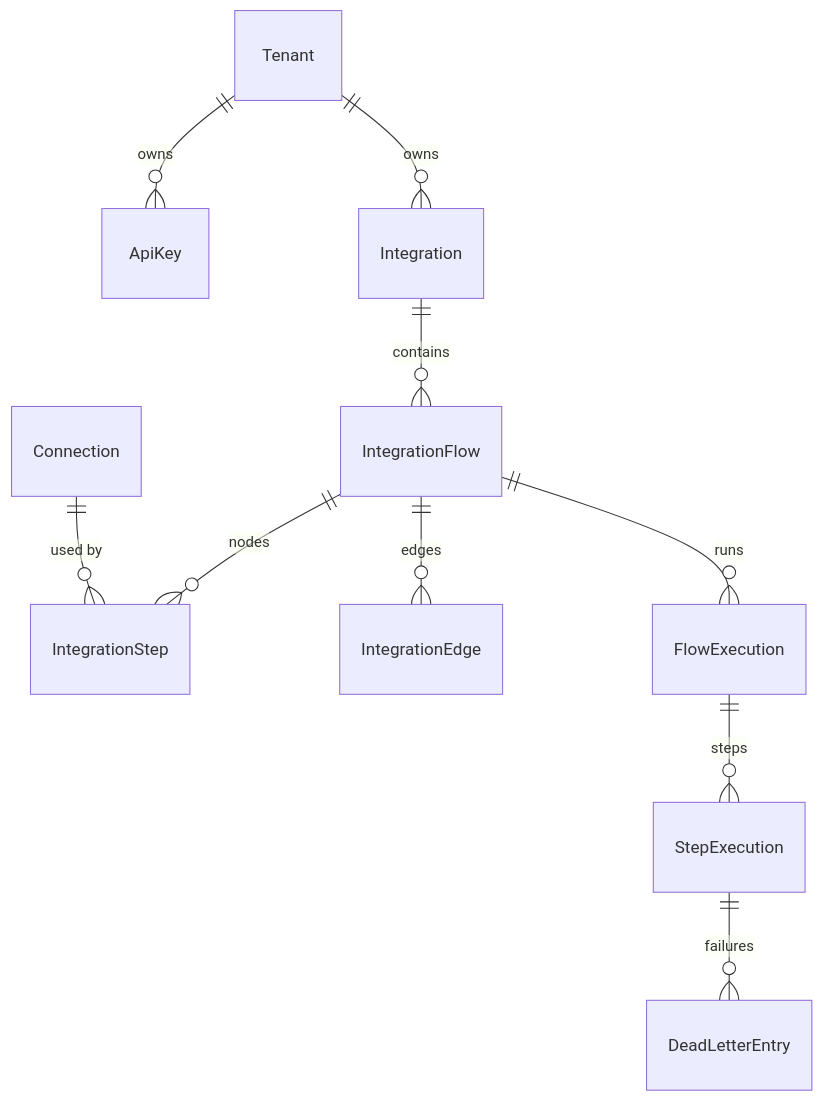
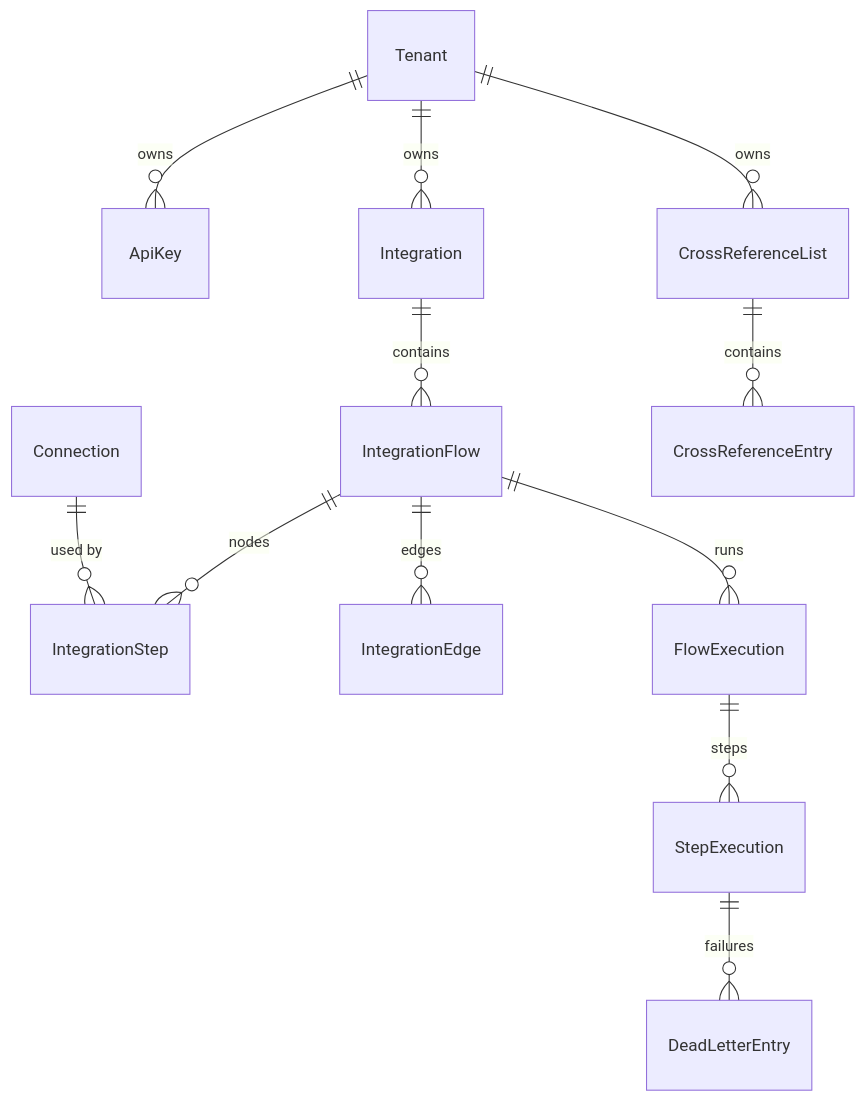
Before and after one commit to Furqan12345/fintegrator: the second of 2 diagrams in architecture/solution-architecture.md, drawn with Mermaid. The commit also changed other lines of this file and 153 other files, not shown here.

````diff
--- a/architecture/solution-architecture.md
+++ b/architecture/solution-architecture.md
@@ -112,12 +112,14 @@
 ```mermaid
 erDiagram
     Tenant ||--o{ ApiKey : owns
     Tenant ||--o{ Integration : owns
     Integration ||--o{ IntegrationFlow : contains
     IntegrationFlow ||--o{ IntegrationStep : nodes
     IntegrationFlow ||--o{ IntegrationEdge : edges
     IntegrationFlow ||--o{ FlowExecution : runs
     FlowExecution ||--o{ StepExecution : steps
     StepExecution ||--o{ DeadLetterEntry : failures
     Connection ||--o{ IntegrationStep : "used by"
+    Tenant ||--o{ CrossReferenceList : owns
+    CrossReferenceList ||--o{ CrossReferenceEntry : contains
 ```
````
